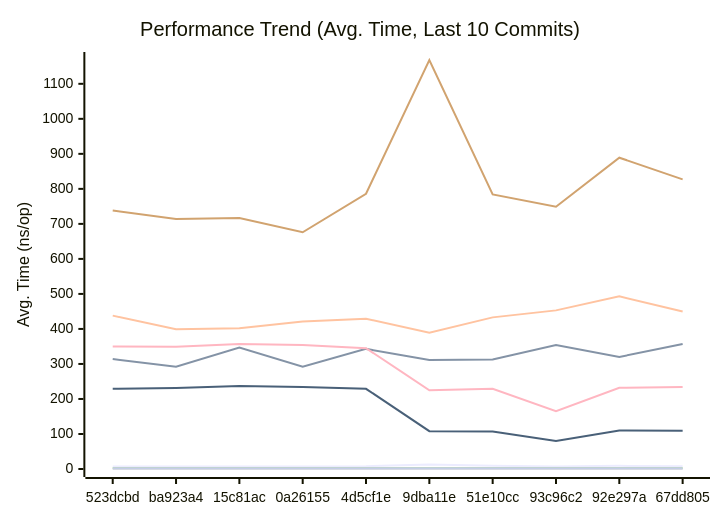
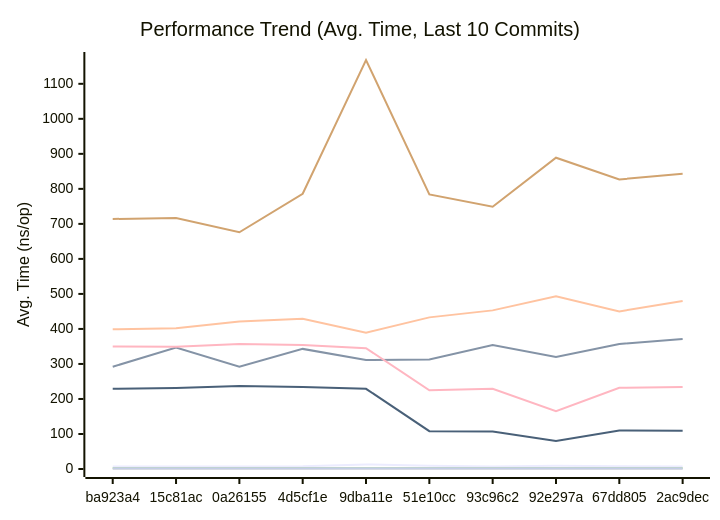
The first of 3 diagrams in docs/PERFORMANCE.md (alsotoes/momo), drawn with Mermaid before and after one commit. The commit also changed other lines of this file and 4 other files, not shown here.

````diff
--- a/docs/PERFORMANCE.md
+++ b/docs/PERFORMANCE.md
@@ -80,16 +80,16 @@
 ```mermaid
 xychart-beta
     title "Performance Trend (Avg. Time, Last 10 Commits)"
     x-axis "Commit"
     y-axis "Avg. Time (ns/op)"
-    x-axis [523dcbd,ba923a4,15c81ac,0a26155,4d5cf1e,9dba11e,51e10cc,93c96c2,92e297a,67dd805]
-    line "CheckMetricsAndSwap" [7,7,7,7,8,13,9,7,9,8]
-    line "CrushOptimized" [314,292,347,292,343,311,313,354,320,357]
-    line "CrushOriginal" [438,399,402,421,429,389,433,453,493,450]
+    x-axis [ba923a4,15c81ac,0a26155,4d5cf1e,9dba11e,51e10cc,93c96c2,92e297a,67dd805,2ac9dec]
+    line "CheckMetricsAndSwap" [7,7,7,8,13,9,7,9,8,7]
+    line "CrushOptimized" [292,347,292,343,311,313,354,320,357,371]
+    line "CrushOriginal" [399,402,421,429,389,433,453,493,450,480]
     line "IndexDirectTracking" [0,0,0,0,0,0,0,0,0,0]
     line "IndexSearch" [3,3,3,3,3,3,3,3,3,3]
-    line "LoadGlobalConfig" [738,714,717,676,786,1168,784,749,889,827]
+    line "LoadGlobalConfig" [714,717,676,786,1168,784,749,889,827,843]
     line "PadString" [2,2,2,2,2,2,2,2,2,2]
     line "ParseReplicationOrder_NoPrealloc" [350,349,357,354,345,225,229,165,232,234]
     line "ParseReplicationOrder_Prealloc" [229,231,237,234,229,108,107,80,110,109]
 ```
````
